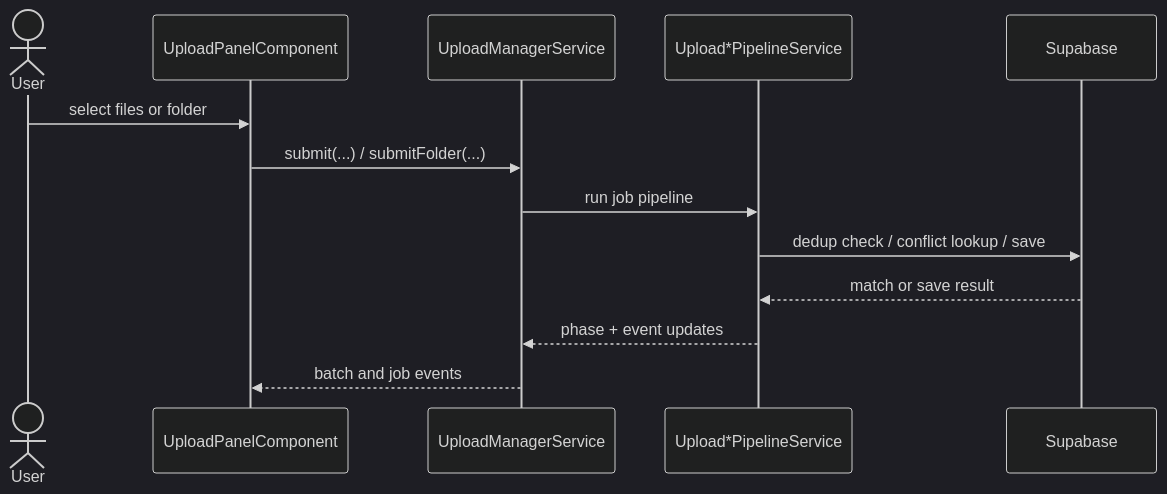
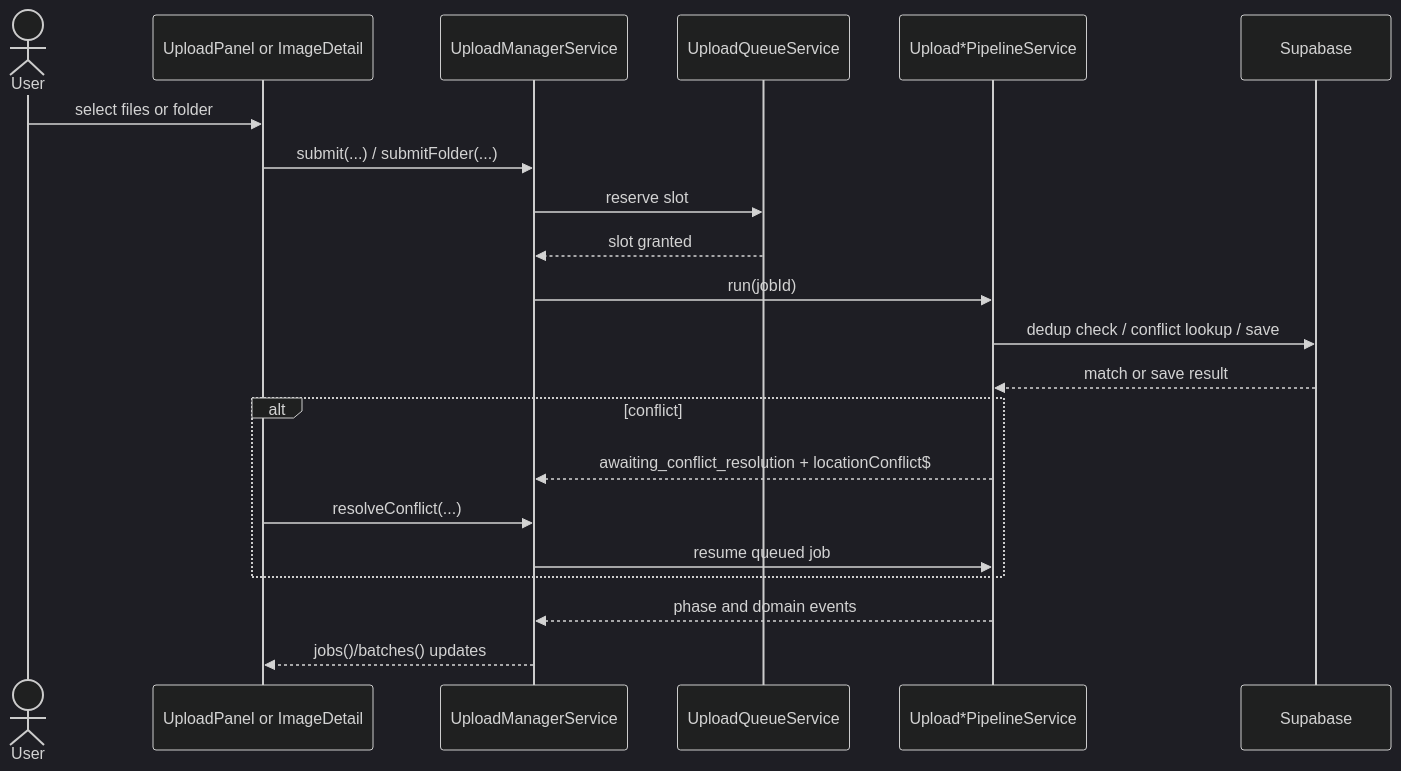
Before and after one commit to matkleve/feldpost: the second of 2 diagrams in docs/element-specs/upload-manager-pipeline.md, drawn with Mermaid (dark theme). The commit also changed other lines of this file and 12 other files, not shown here.

First line of the commit message:
Refactor upload manager and related components for improved structure and functionality

````diff
--- a/docs/element-specs/upload-manager-pipeline.md
+++ b/docs/element-specs/upload-manager-pipeline.md
@@ -139,16 +152,24 @@
 ```mermaid
 sequenceDiagram
   actor User
-  participant Panel as UploadPanelComponent
+  participant UI as UploadPanel or ImageDetail
   participant Manager as UploadManagerService
+  participant Queue as UploadQueueService
   participant Pipeline as Upload*PipelineService
   participant DB as Supabase
 
-  User->>Panel: select files or folder
-  Panel->>Manager: submit(...) / submitFolder(...)
-  Manager->>Pipeline: run job pipeline
+  User->>UI: select files or folder
+  UI->>Manager: submit(...) / submitFolder(...)
+  Manager->>Queue: reserve slot
+  Queue-->>Manager: slot granted
+  Manager->>Pipeline: run(jobId)
   Pipeline->>DB: dedup check / conflict lookup / save
   DB-->>Pipeline: match or save result
-  Pipeline-->>Manager: phase + event updates
-  Manager-->>Panel: batch and job events
+  alt conflict
+    Pipeline-->>Manager: awaiting_conflict_resolution + locationConflict$
+    UI->>Manager: resolveConflict(...)
+    Manager->>Pipeline: resume queued job
+  end
+  Pipeline-->>Manager: phase and domain events
+  Manager-->>UI: jobs()/batches() updates
 ```
````
